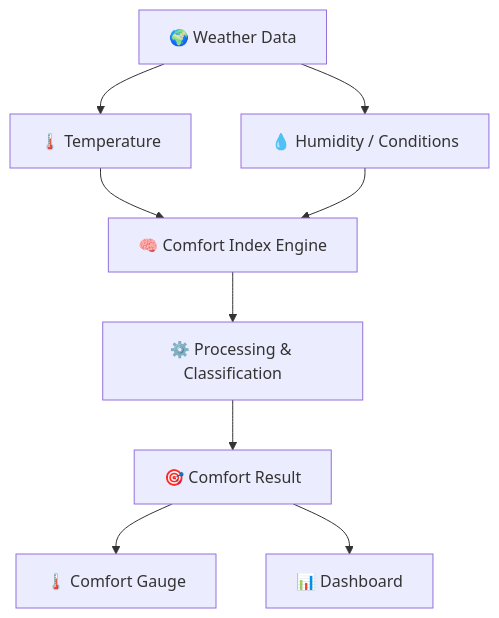
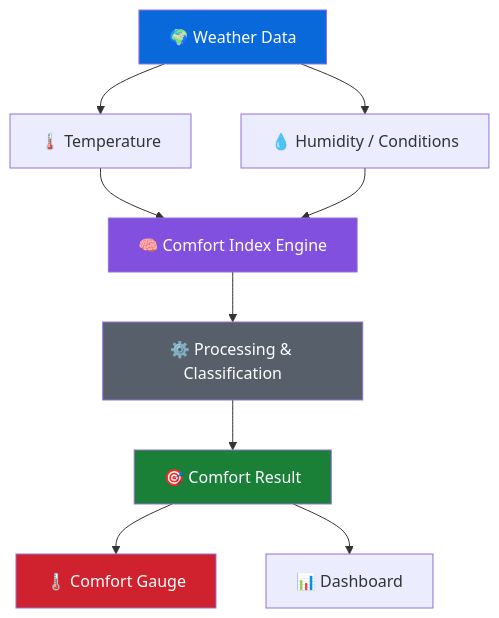
One commit to Ahamed369/Fidenz-Weather-App changed the fifth of 11 diagrams in README.md. Above: the diagram before and after it, drawn with Mermaid. The commit also changed other lines of this file, not shown here.

````diff
--- a/README.md
+++ b/README.md
@@ -366,16 +454,30 @@
 ```mermaid
 flowchart TD
 
-    A["🌍 Weather Data"] --> B["🌡️ Temperature"]
-    A --> C["💧 Humidity / Conditions"]
+    A["🌍 Weather Data"]
+    B["🌡️ Temperature"]
+    C["💧 Humidity / Conditions"]
+    D["🧠 Comfort Index Engine"]
+    E["⚙️ Processing & Classification"]
+    F["🎯 Comfort Result"]
+    G["🌡️ Comfort Gauge"]
+    H["📊 Dashboard"]
 
-    B --> D["🧠 Comfort Index Engine"]
+    A --> B
+    A --> C
+
+    B --> D
     C --> D
 
-    D --> E["⚙️ Processing & Classification"]
+    D --> E
+    E --> F
 
-    E --> F["🎯 Comfort Result"]
+    F --> G
+    F --> H
 
-    F --> G["🌡️ Comfort Gauge"]
-    F --> H["📊 Dashboard"]
+    style A fill:#0969DA,color:#ffffff
+    style D fill:#8250DF,color:#ffffff
+    style E fill:#57606A,color:#ffffff
+    style F fill:#1A7F37,color:#ffffff
+    style G fill:#CF222E,color:#ffffff
 ```
````
